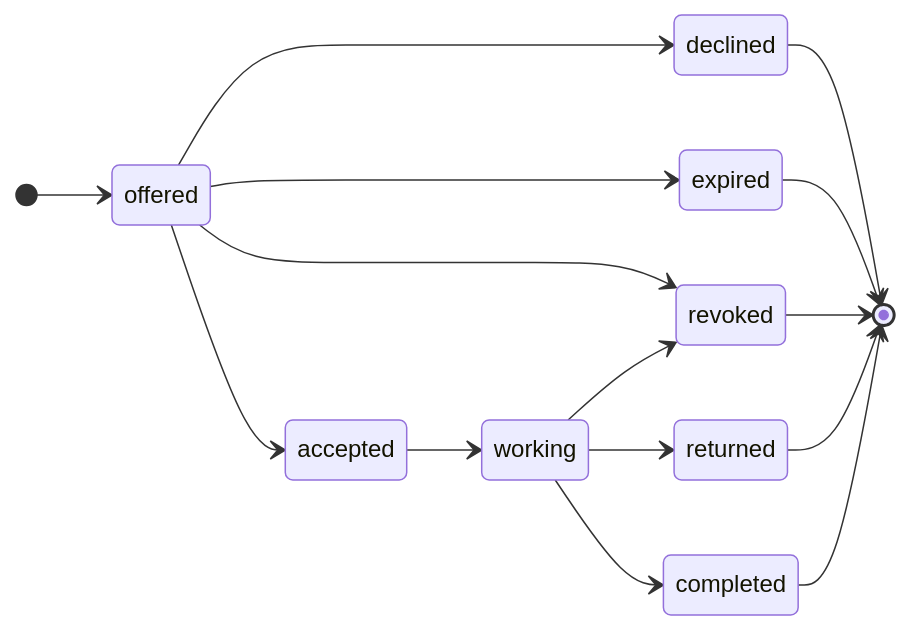
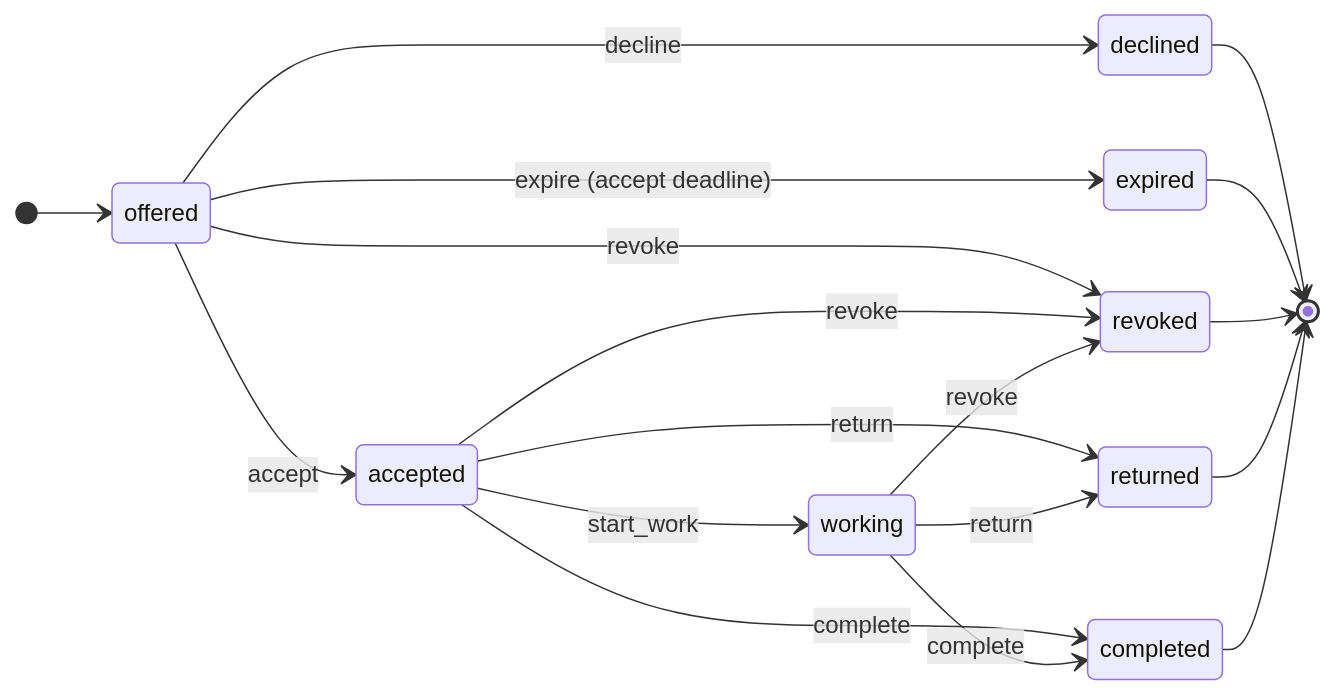
Before and after one commit to Shaikhfaruk/fundenflo: the eighth of 14 diagrams in docs/ARCHITECTURE.md, drawn with Mermaid. The commit also changed other lines of this file and 64 other files, not shown here.

````diff
--- a/docs/ARCHITECTURE.md
+++ b/docs/ARCHITECTURE.md
@@ -321,18 +326,21 @@
 ```mermaid
 stateDiagram-v2
   direction LR
   [*] --> offered
-  offered --> accepted
-  offered --> declined
-  offered --> expired
-  offered --> revoked
-  accepted --> working
-  working --> completed
-  working --> returned
-  working --> revoked
+  offered --> accepted: accept
+  offered --> declined: decline
+  offered --> expired: expire (accept deadline)
+  offered --> revoked: revoke
+  accepted --> working: start_work
+  accepted --> completed: complete
+  working --> completed: complete
+  accepted --> returned: return
+  working --> returned: return
+  accepted --> revoked: revoke
+  working --> revoked: revoke
   declined --> [*]
   expired --> [*]
   revoked --> [*]
   returned --> [*]
   completed --> [*]
 ```
````
